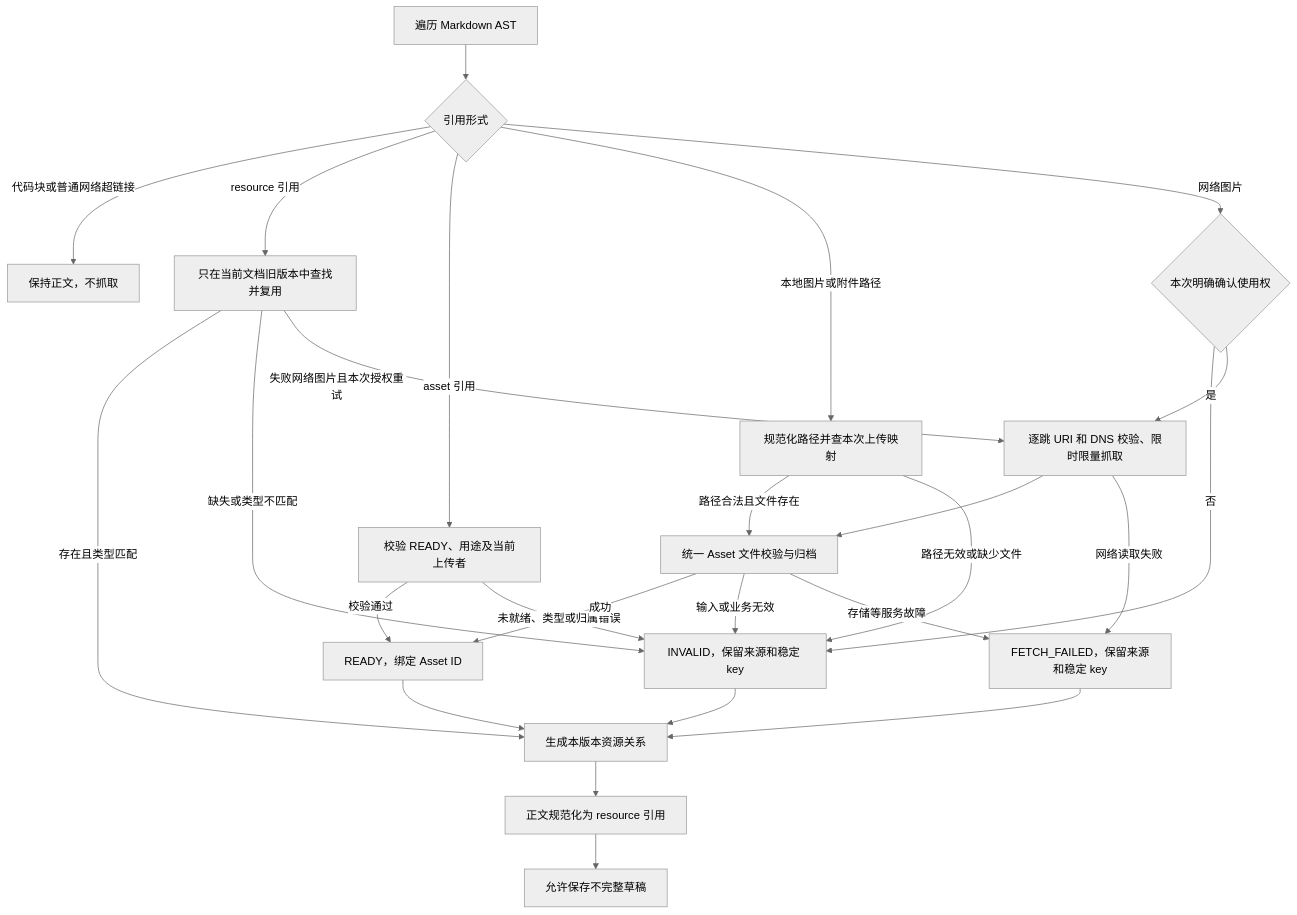
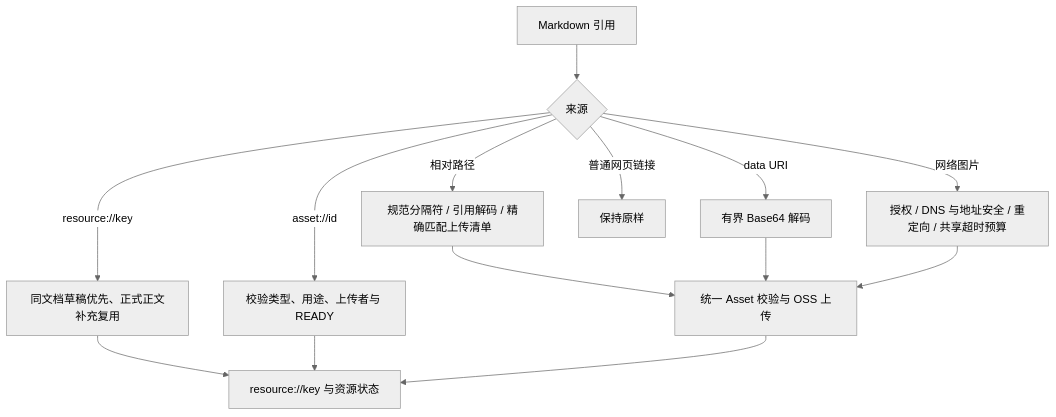
One commit to WKING66/mai-s-portfolio changed the fourth of 7 diagrams in resources/architecture/document-import-export.md. Above: the diagram before and after it, drawn with Mermaid (neutral theme). The commit also changed other lines of this file and 76 other files, not shown here.

````diff
--- a/resources/architecture/document-import-export.md
+++ b/resources/architecture/document-import-export.md
@@ -183,28 +69,16 @@
 ```mermaid
 flowchart TD
-    ast[遍历 Markdown AST] --> kind{引用形式}
-    kind -->|代码块或普通网络超链接| untouched[保持正文，不抓取]
-    kind -->|resource 引用| old[只在当前文档旧版本中查找并复用]
-    kind -->|asset 引用| owned[校验 READY、用途及当前上传者]
-    kind -->|本地图片或附件路径| local[规范化路径并查本次上传映射]
-    kind -->|网络图片| rights{本次明确确认使用权}
-    rights -->|否| invalid[INVALID，保留来源和稳定 key]
-    rights -->|是| remote[逐跳 URI 和 DNS 校验、限时限量抓取]
-    local -->|路径合法且文件存在| upload[统一 Asset 文件校验与归档]
-    local -->|路径无效或缺少文件| invalid
+    uri[Markdown 引用] --> classify{来源}
+    classify -->|resource://key| old[同文档草稿优先、正式正文补充复用]
+    classify -->|asset://id| ready[校验类型、用途、上传者与 READY]
+    classify -->|相对路径| local[规范分隔符 / 引用解码 / 精确匹配上传清单]
+    classify -->|data URI| inline[有界 Base64 解码]
+    classify -->|网络图片| remote[授权 / DNS 与地址安全 / 重定向 / 共享超时预算]
+    local --> upload[统一 Asset 校验与 OSS 上传]
+    inline --> upload
     remote --> upload
-    owned -->|校验通过| ready[READY，绑定 Asset ID]
-    owned -->|未就绪、类型或归属错误| invalid
-    old -->|存在且类型匹配| result[生成本版本资源关系]
-    old -->|缺失或类型不匹配| invalid
-    old -->|失败网络图片且本次授权重试| remote
-    upload -->|成功| ready
-    upload -->|输入或业务无效| invalid
-    remote -->|网络读取失败| failed[FETCH_FAILED，保留来源和稳定 key]
-    upload -->|存储等服务故障| failed
-    ready --> result
-    invalid --> result
-    failed --> result
-    result --> normalize[正文规范化为 resource 引用]
-    normalize --> draft[允许保存不完整草稿]
+    old --> normalized[resource://key 与资源状态]
+    ready --> normalized
+    upload --> normalized
+    classify -->|普通网页链接| unchanged[保持原样]
 ```
````
